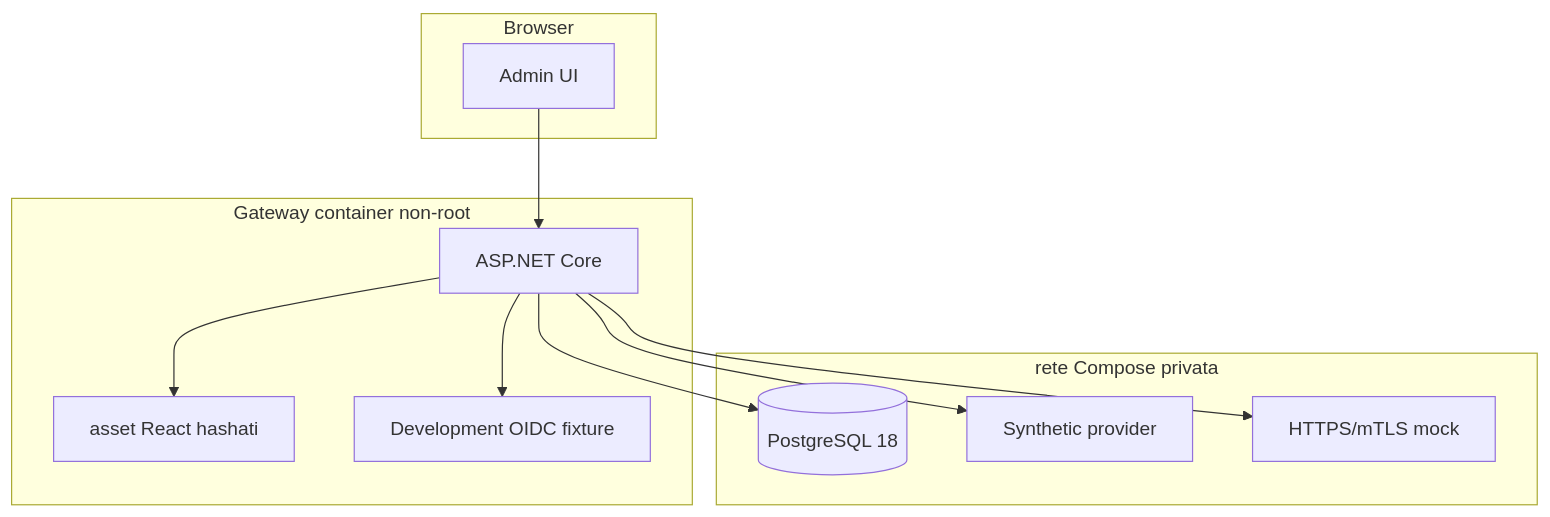
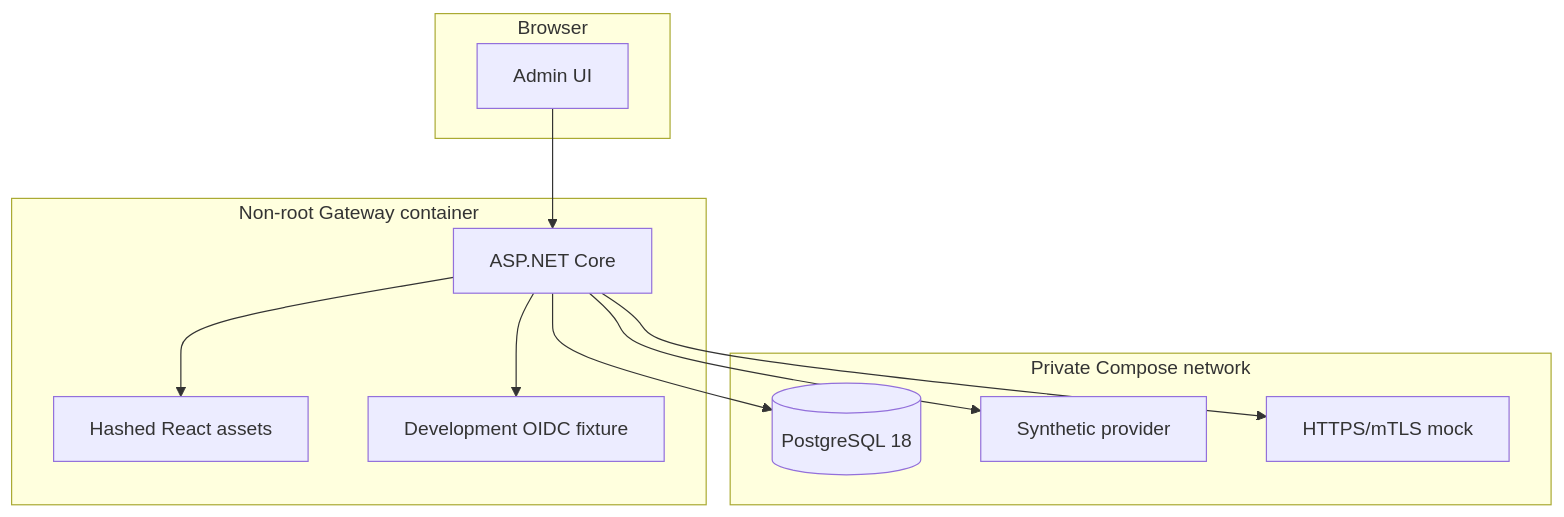
The fifth of 5 diagrams in docs/architecture/m5-admin-ui-and-provider-boundaries.md (marcobiz/secure-integration-platform), drawn with Mermaid before and after one commit. The commit also changed other lines of this file and 102 other files, not shown here.

````diff
--- a/docs/architecture/m5-admin-ui-and-provider-boundaries.md
+++ b/docs/architecture/m5-admin-ui-and-provider-boundaries.md
@@ -109,22 +109,22 @@
 ```mermaid
 flowchart TB
   subgraph Browser
     WEB[Admin UI]
   end
-  subgraph GatewayContainer[Gateway container non-root]
+  subgraph GatewayContainer[Non-root Gateway container]
     ASP[ASP.NET Core]
-    STATIC[asset React hashati]
+    STATIC[Hashed React assets]
     DEV[Development OIDC fixture]
   end
-  subgraph PrivateNetwork[rete Compose privata]
+  subgraph PrivateNetwork[Private Compose network]
     PG[(PostgreSQL 18)]
     VAULT[Synthetic provider]
     MOCK[HTTPS/mTLS mock]
   end
   WEB --> ASP
   ASP --> STATIC
   ASP --> PG
   ASP --> VAULT
   ASP --> MOCK
   ASP --> DEV
 ```
````
